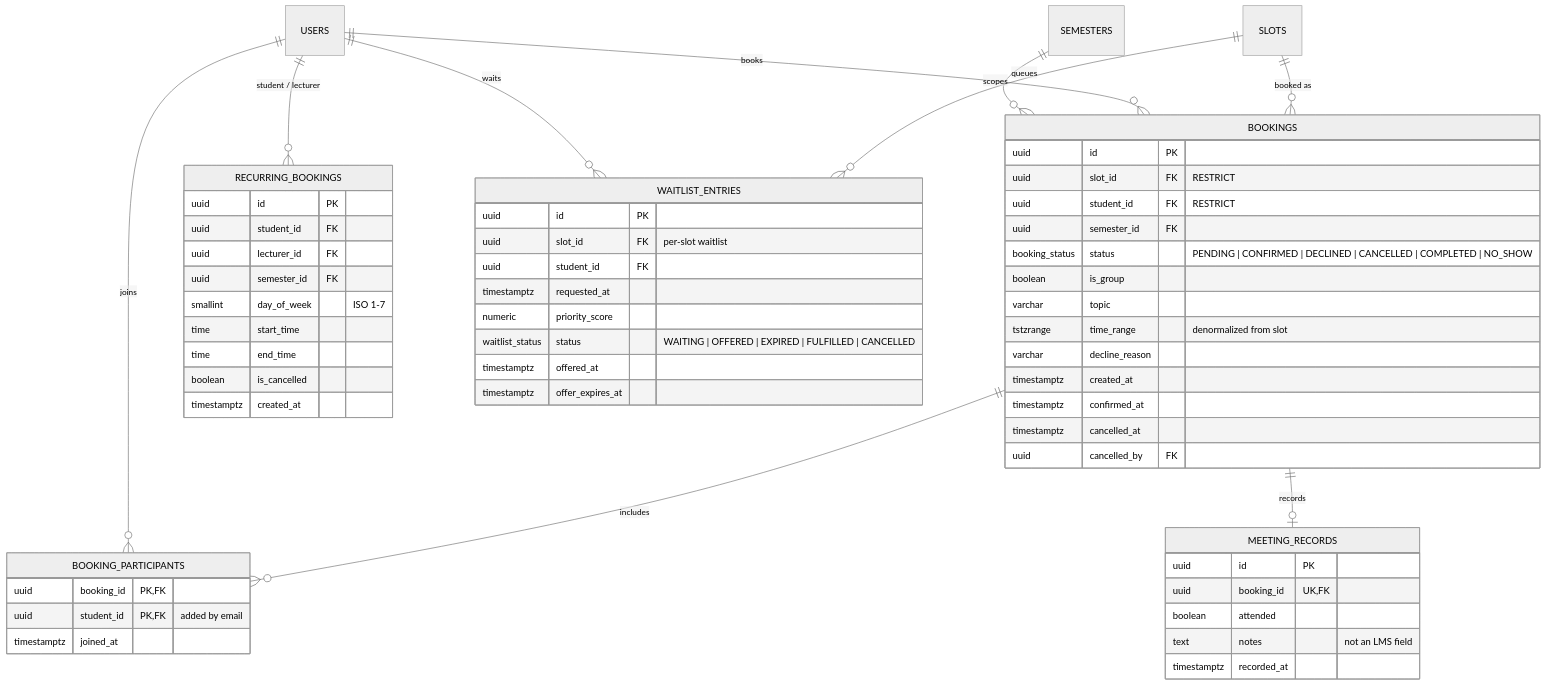
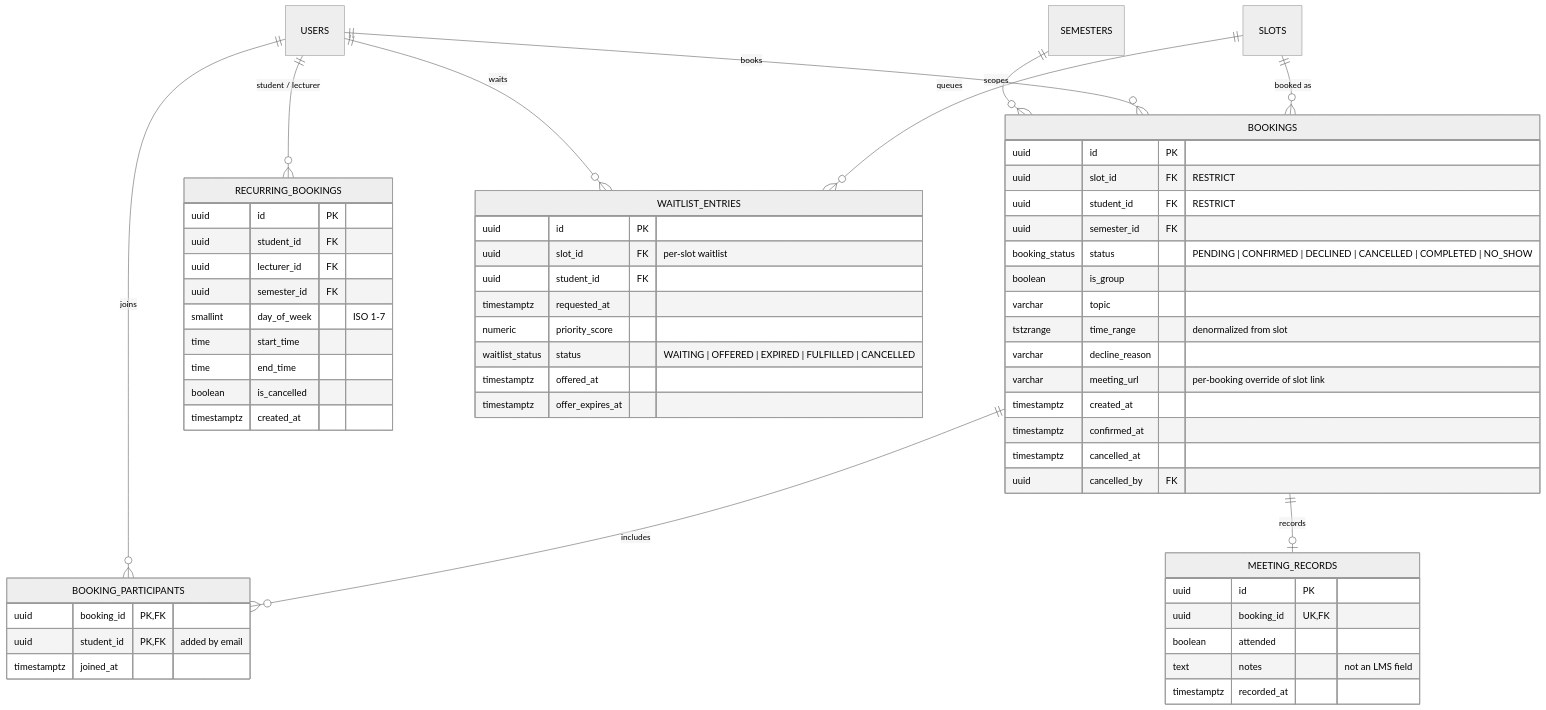
The fifth of 6 diagrams in docs/DB-SCHEMA-PROTOTYPE.md (thien-0408/office-hours), drawn with Mermaid (neutral theme) before and after one commit. The commit also changed other lines of this file and 9 other files, not shown here.

First line of the commit message:
docs: add meeting_url, UUID ids and error format to API and schema docs

````diff
--- a/docs/DB-SCHEMA-PROTOTYPE.md
+++ b/docs/DB-SCHEMA-PROTOTYPE.md
@@ -229,60 +232,61 @@
 ```mermaid
 erDiagram
     BOOKINGS {
         uuid id PK
         uuid slot_id FK "RESTRICT"
         uuid student_id FK "RESTRICT"
         uuid semester_id FK
         booking_status status "PENDING | CONFIRMED | DECLINED | CANCELLED | COMPLETED | NO_SHOW"
         boolean is_group
         varchar topic
         tstzrange time_range "denormalized from slot"
         varchar decline_reason
+        varchar meeting_url "per-booking override of slot link"
         timestamptz created_at
         timestamptz confirmed_at
         timestamptz cancelled_at
         uuid cancelled_by FK
     }
     BOOKING_PARTICIPANTS {
         uuid booking_id PK, FK
         uuid student_id PK, FK "added by email"
         timestamptz joined_at
     }
     MEETING_RECORDS {
         uuid id PK
         uuid booking_id UK, FK
         boolean attended
         text notes "not an LMS field"
         timestamptz recorded_at
     }
     RECURRING_BOOKINGS {
         uuid id PK
         uuid student_id FK
         uuid lecturer_id FK
         uuid semester_id FK
         smallint day_of_week "ISO 1-7"
         time start_time
         time end_time
         boolean is_cancelled
         timestamptz created_at
     }
     WAITLIST_ENTRIES {
         uuid id PK
         uuid slot_id FK "per-slot waitlist"
         uuid student_id FK
         timestamptz requested_at
         numeric priority_score
         waitlist_status status "WAITING | OFFERED | EXPIRED | FULFILLED | CANCELLED"
         timestamptz offered_at
         timestamptz offer_expires_at
     }
     SLOTS ||--o{ BOOKINGS : "booked as"
     USERS ||--o{ BOOKINGS : books
     SEMESTERS ||--o{ BOOKINGS : scopes
     BOOKINGS ||--o{ BOOKING_PARTICIPANTS : includes
     USERS ||--o{ BOOKING_PARTICIPANTS : joins
     BOOKINGS ||--o| MEETING_RECORDS : records
     USERS ||--o{ RECURRING_BOOKINGS : "student / lecturer"
     SLOTS ||--o{ WAITLIST_ENTRIES : queues
     USERS ||--o{ WAITLIST_ENTRIES : waits
 ```
````
